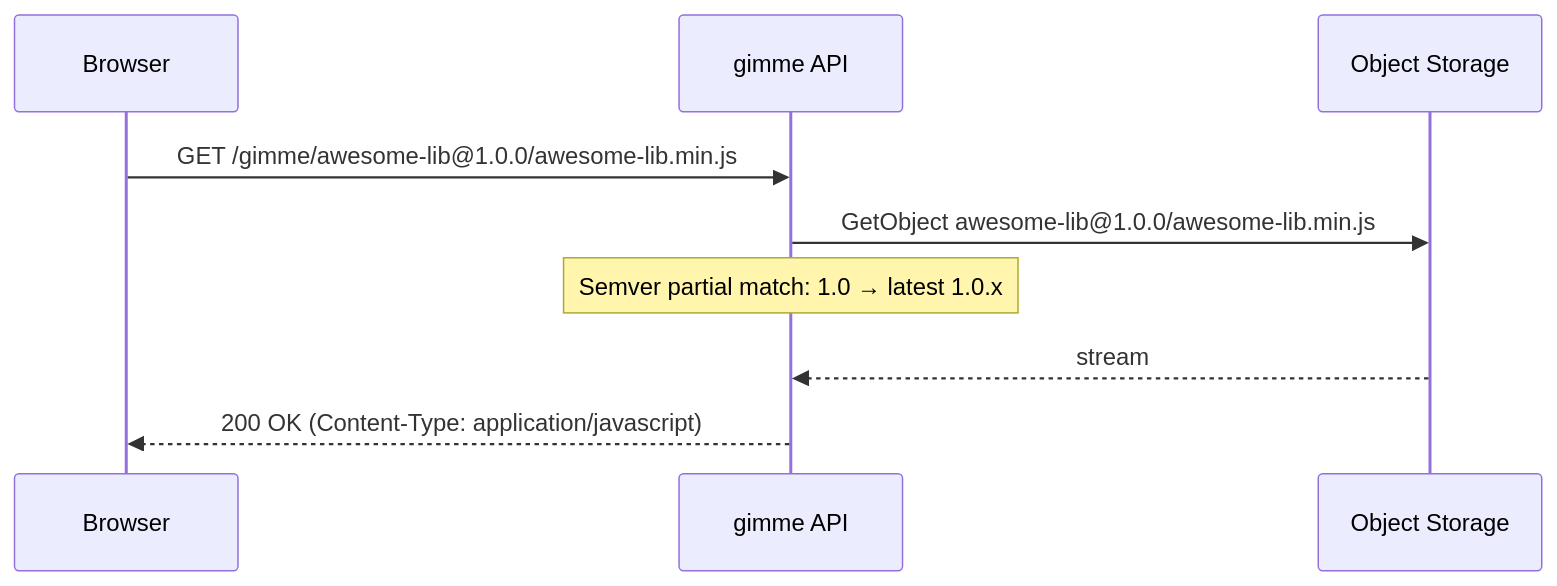
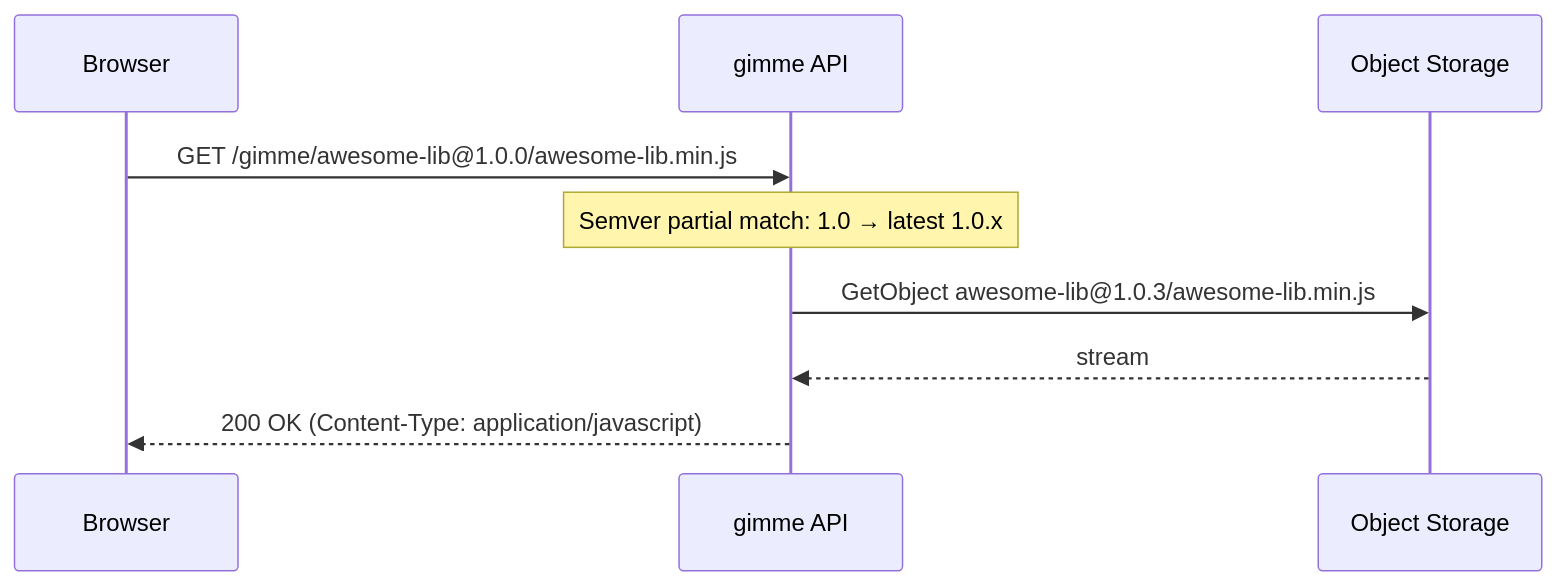
The third of 3 diagrams in README.md (ziggornif/gimme), drawn with Mermaid before and after one commit. The commit also changed other lines of this file and 15 other files, not shown here.

````diff
--- a/README.md
+++ b/README.md
@@ -64,12 +73,12 @@
 ```mermaid
 sequenceDiagram
     participant Browser
     participant API as gimme API
     participant S3 as Object Storage
 
     Browser->>API: GET /gimme/awesome-lib@1.0.0/awesome-lib.min.js
-    API->>S3: GetObject awesome-lib@1.0.0/awesome-lib.min.js
     Note over API: Semver partial match: 1.0 → latest 1.0.x
+    API->>S3: GetObject awesome-lib@1.0.3/awesome-lib.min.js
     S3-->>API: stream
     API-->>Browser: 200 OK (Content-Type: application/javascript)
 ```
````
